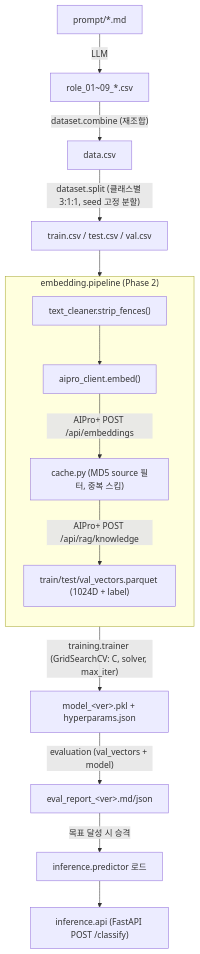
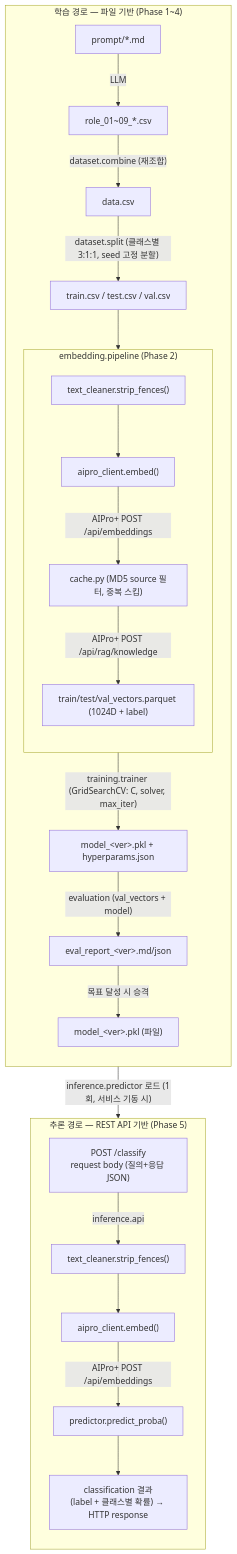
The diagram in docs/Architecture_Design.md (tanminkwan/embedding-lr), drawn with Mermaid before and after one commit. The commit also changed other lines of this file, not shown here.

Commit message:
docs: add inference path to data flow diagram
Split section 4 into a file-based training path (Phase 1-4) and a
REST-API-based inference path (Phase 5) whose input is the /classify
request body and output is the classification result, not files. Both
paths share text_cleaner and aipro_client; model_<ver>.pkl is the only
handoff between them.

````diff
--- a/docs/Architecture_Design.md
+++ b/docs/Architecture_Design.md
@@ -82,19 +88,31 @@
 ```mermaid
 flowchart TD
-    A["prompt/*.md"] -->|LLM| B["role_01~09_*.csv"]
-    B -->|"dataset.combine (재조합)"| C["data.csv"]
-    C -->|"dataset.split (클래스별 3:1:1, seed 고정 분할)"| D["train.csv / test.csv / val.csv"]
+    subgraph TRAIN["학습 경로 — 파일 기반 (Phase 1~4)"]
+        direction TD
+        A["prompt/*.md"] -->|LLM| B["role_01~09_*.csv"]
+        B -->|"dataset.combine (재조합)"| C["data.csv"]
+        C -->|"dataset.split (클래스별 3:1:1, seed 고정 분할)"| D["train.csv / test.csv / val.csv"]
 
-    subgraph PHASE2["embedding.pipeline (Phase 2)"]
-        direction TD
-        E["text_cleaner.strip_fences()"] --> F["aipro_client.embed()"]
-        F -->|"AIPro+ POST /api/embeddings"| G["cache.py (MD5 source 필터, 중복 스킵)"]
-        G -->|"AIPro+ POST /api/rag/knowledge"| H["train/test/val_vectors.parquet (1024D + label)"]
+        subgraph PHASE2["embedding.pipeline (Phase 2)"]
+            direction TD
+            E["text_cleaner.strip_fences()"] --> F["aipro_client.embed()"]
+            F -->|"AIPro+ POST /api/embeddings"| G["cache.py (MD5 source 필터, 중복 스킵)"]
+            G -->|"AIPro+ POST /api/rag/knowledge"| H["train/test/val_vectors.parquet (1024D + label)"]
+        end
+
+        D --> E
+        H -->|"training.trainer (GridSearchCV: C, solver, max_iter)"| I["model_&lt;ver&gt;.pkl + hyperparams.json"]
+        I -->|"evaluation (val_vectors + model)"| J["eval_report_&lt;ver&gt;.md/json"]
+        J -->|목표 달성 시 승격| K["model_&lt;ver&gt;.pkl (파일)"]
     end
 
-    D --> E
-    H -->|"training.trainer (GridSearchCV: C, solver, max_iter)"| I["model_&lt;ver&gt;.pkl + hyperparams.json"]
-    I -->|"evaluation (val_vectors + model)"| J["eval_report_&lt;ver&gt;.md/json"]
-    J -->|목표 달성 시 승격| K["inference.predictor 로드"]
-    K --> L["inference.api (FastAPI POST /classify)"]
+    subgraph INFER["추론 경로 — REST API 기반 (Phase 5)"]
+        direction TD
+        M["POST /classify<br/>request body (질의+응답 JSON)"] -->|"inference.api"| N["text_cleaner.strip_fences()"]
+        N --> O["aipro_client.embed()"]
+        O -->|"AIPro+ POST /api/embeddings"| P["predictor.predict_proba()"]
+        P --> Q["classification 결과<br/>(label + 클래스별 확률) → HTTP response"]
+    end
+
+    K -->|"inference.predictor 로드 (1회, 서비스 기동 시)"| P
 ```
````
